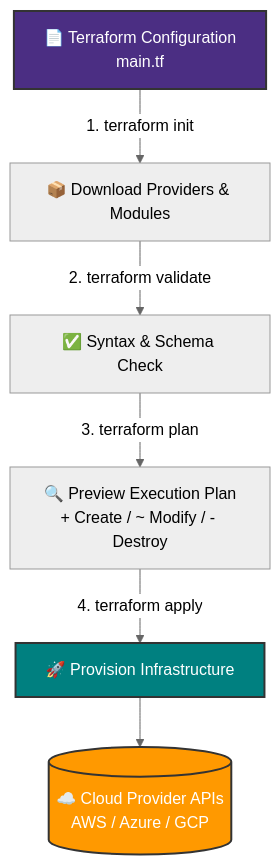
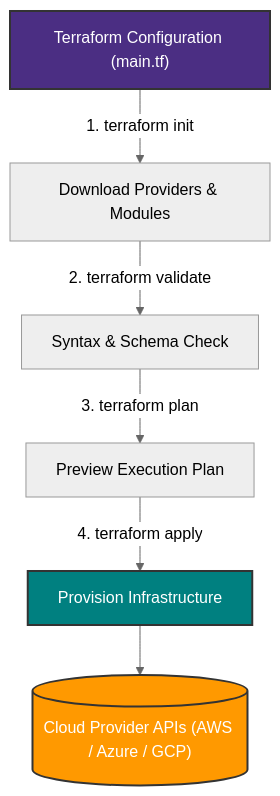
Before and after one commit to Pruthviraj-333/31-days-of-terraform: the first of 2 diagrams in Day_01/Readme.md, drawn with Mermaid (neutral theme). The commit also changed other lines of this file, not shown here.

Commit message:
fix(docs): fix Mermaid diagram syntax errors and remove emojis

````diff
--- a/Day_01/Readme.md
+++ b/Day_01/Readme.md
@@ -350,12 +350,12 @@
 ```mermaid
 graph TD
-    A[📄 Terraform Configuration<br/>main.tf] -->|1. terraform init| B[📦 Download Providers & Modules]
-    B -->|2. terraform validate| C[✅ Syntax & Schema Check]
-    C -->|3. terraform plan| D[🔍 Preview Execution Plan<br/>+ Create / ~ Modify / - Destroy]
-    D -->|4. terraform apply| E[🚀 Provision Infrastructure]
-    E --> F[(☁️ Cloud Provider APIs<br/>AWS / Azure / GCP)]
+    A["Terraform Configuration (main.tf)"] -->|1. terraform init| B["Download Providers & Modules"]
+    B -->|2. terraform validate| C["Syntax & Schema Check"]
+    C -->|3. terraform plan| D["Preview Execution Plan"]
+    D -->|4. terraform apply| E["Provision Infrastructure"]
+    E --> F[("Cloud Provider APIs (AWS / Azure / GCP)")]
     
     style A fill:#4B2E83,stroke:#333,stroke-width:2px,color:#fff
     style E fill:#008080,stroke:#333,stroke-width:2px,color:#fff
     style F fill:#FF9900,stroke:#333,stroke-width:2px,color:#fff
 ```
````
